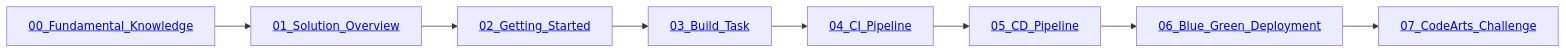
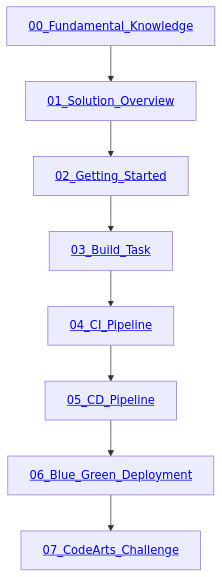
The diagram in README.md (Huawei-APAC-Professional-Services/hwcloud-codearts-workshop-v2), drawn with Mermaid before and after one commit. The commit also changed 1 other file, not shown here.

Commit message:
update -am

````diff
--- a/README.md
+++ b/README.md
@@ -50,18 +50,18 @@
 ```mermaid
-flowchart LR
+flowchart TB
     00_Fundamental_Knowledge[<a href='https://github.com/Huawei-APAC-Professional-Services/hwcloud-codearts-workshop-v2/blob/main/workshop/00_Fundamental_Knowledge.md'>00_Fundamental_Knowledge</a>]
 
     00_Fundamental_Knowledge --> 01_Solution_Overview[<a href='https://github.com/Huawei-APAC-Professional-Services/hwcloud-codearts-workshop-v2/blob/main/workshop/01_Solution_Overview.md'>01_Solution_Overview</a>]
 
     01_Solution_Overview --> 02_Getting_Started[<a href='https://github.com/Huawei-APAC-Professional-Services/hwcloud-codearts-workshop-v2/blob/main/workshop/02_Getting_Started.md'>02_Getting_Started</a>]
 
     02_Getting_Started --> 03_Build_Task[<a href='https://github.com/Huawei-APAC-Professional-Services/hwcloud-codearts-workshop-v2/blob/main/workshop/03_Configure_Build_Task.md'>03_Build_Task</a>]
 
     03_Build_Task --> 04_CI_Pipeline[<a href='https://github.com/Huawei-APAC-Professional-Services/hwcloud-codearts-workshop-v2/blob/main/workshop/04_Configure_CI_Pipeline.md'>04_CI_Pipeline</a>]
 
     04_CI_Pipeline --> 05_CD_Pipeline[<a href='https://github.com/Huawei-APAC-Professional-Services/hwcloud-codearts-workshop-v2/blob/main/workshop/05_Configure_CD_Pipeline.md'>05_CD_Pipeline</a>]
 
     05_CD_Pipeline --> 06_Blue_Green_Deployment[<a href='https://github.com/Huawei-APAC-Professional-Services/hwcloud-codearts-workshop-v2/blob/main/workshop/06_Blue_Green_Deployment.md'>06_Blue_Green_Deployment</a>]
 
     06_Blue_Green_Deployment --> 07_CodeArts_Challenge[<a href='https://github.com/Huawei-APAC-Professional-Services/hwcloud-codearts-workshop-v2/blob/main/workshop/07_CodeArts_Challenge.md'>07_CodeArts_Challenge</a>]
 ```
````
